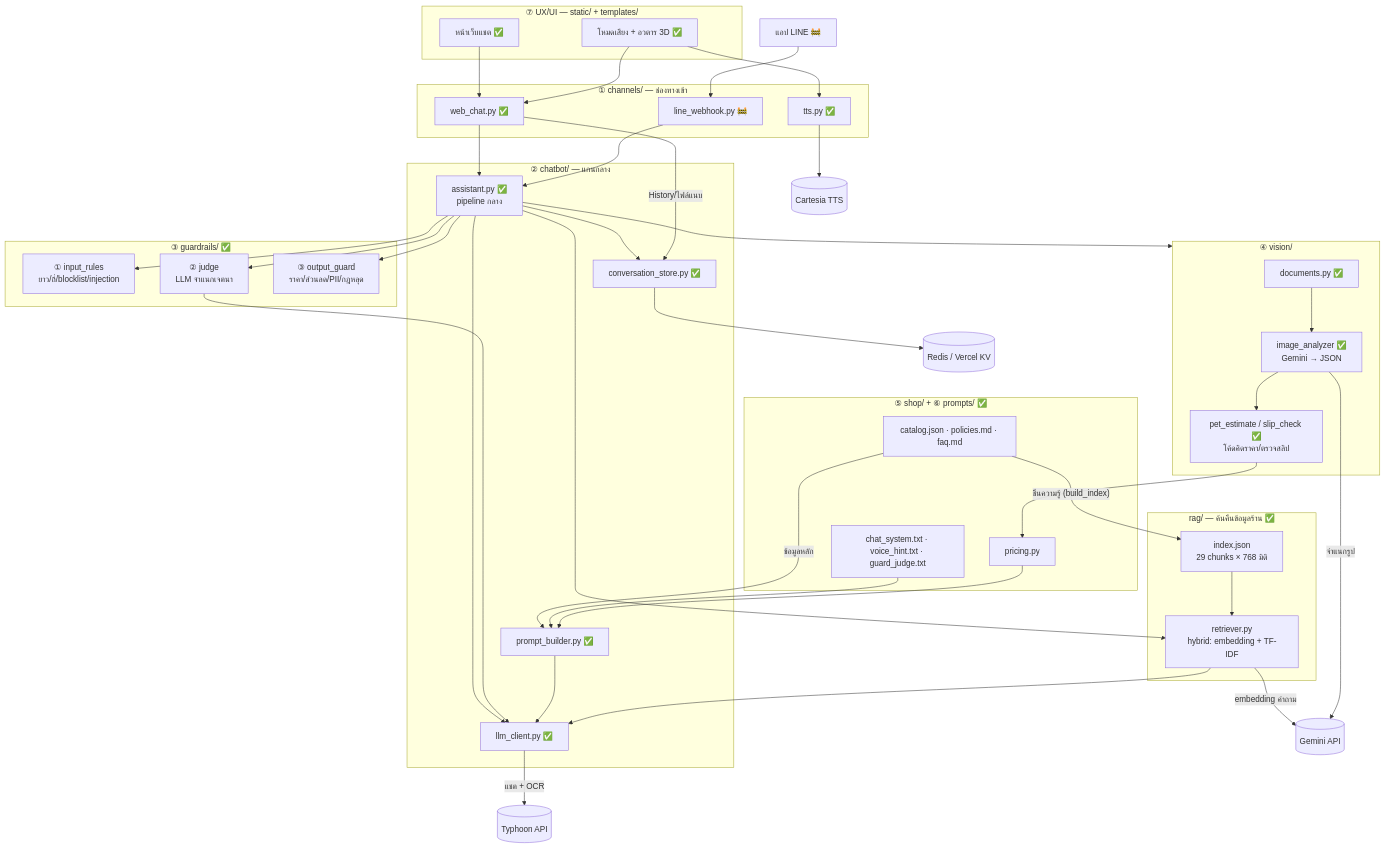
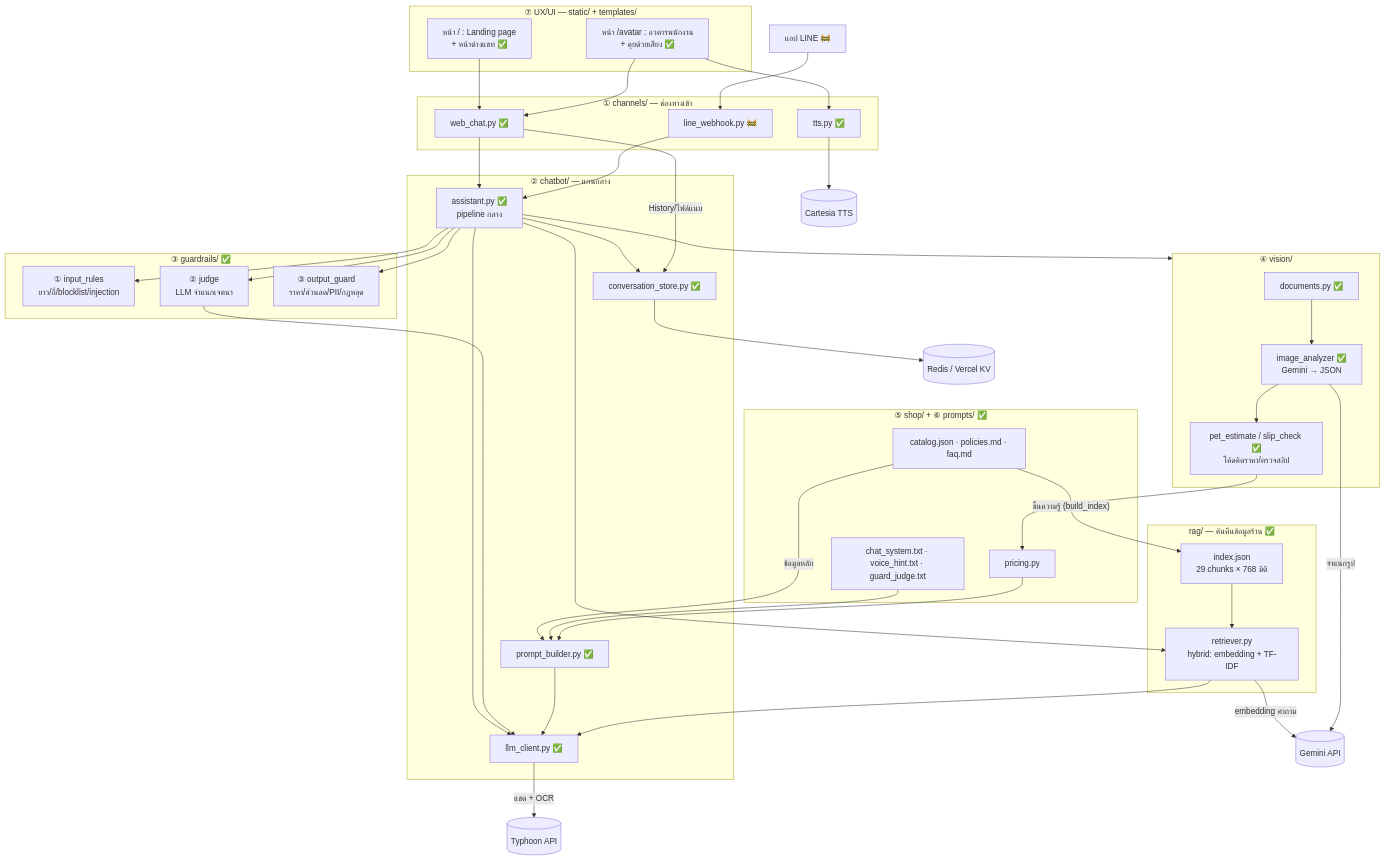
Before and after one commit to Myname30275/Project-chatbot: the first of 3 diagrams in docs/system-architecture.md, drawn with Mermaid. The commit also changed other lines of this file and 1 other file, not shown here.

First line of the commit message:
Update architecture doc and README for the new UI

````diff
--- a/docs/system-architecture.md
+++ b/docs/system-architecture.md
@@ -17,75 +17,75 @@
 ```mermaid
 flowchart TB
     subgraph UI["⑦ UX/UI — static/ + templates/"]
-        WEB["หน้าเว็บแชต ✅"]
-        VOICE["โหมดเสียง + อวตาร 3D ✅"]
+        WEB["หน้า / : Landing page<br/>+ หน้าต่างแชท ✅"]
+        VOICE["หน้า /avatar : อวตารพนักงาน<br/>+ คุยด้วยเสียง ✅"]
     end
     LINE["แอป LINE 🚧"]
 
     subgraph CH["① channels/ — ช่องทางเข้า"]
         WC["web_chat.py ✅"]
         TTS["tts.py ✅"]
         LW["line_webhook.py 🚧"]
     end
 
     subgraph CORE["② chatbot/ — แกนกลาง"]
         AS["assistant.py ✅<br/>pipeline กลาง"]
         PB["prompt_builder.py ✅"]
         LLMC["llm_client.py ✅"]
         STORE["conversation_store.py ✅"]
     end
 
     subgraph RAGL["rag/ — ค้นคืนข้อมูลร้าน ✅"]
         RAG["retriever.py<br/>hybrid: embedding + TF-IDF"]
         IDX["index.json<br/>29 chunks × 768 มิติ"]
     end
 
     subgraph GR["③ guardrails/ ✅"]
         IG["① input_rules<br/>ยาว/ถี่/blocklist/injection"]
         JG["② judge<br/>LLM จำแนกเจตนา"]
         OG["③ output_guard<br/>ราคา/ส่วนลด/PII/กฎหลุด"]
     end
 
     subgraph VI["④ vision/"]
         DOC["documents.py ✅"]
         IA["image_analyzer ✅<br/>Gemini → JSON"]
         PET["pet_estimate / slip_check ✅<br/>โค้ดคิดราคา/ตรวจสลิป"]
     end
 
     subgraph DATA["⑤ shop/ + ⑥ prompts/ ✅"]
         CAT["catalog.json · policies.md · faq.md"]
         PR["pricing.py"]
         PT["chat_system.txt · voice_hint.txt · guard_judge.txt"]
     end
 
     WEB --> WC
     VOICE --> WC
     VOICE --> TTS
     LINE --> LW
     WC --> AS
     LW --> AS
     AS --> IG
     AS --> JG
     AS --> OG
     AS --> LLMC
     JG --> LLMC
     AS --> RAG
     AS --> VI
     PB --> LLMC
     RAG --> LLMC
     IDX --> RAG
     CAT -->|"ชิ้นความรู้ (build_index)"| IDX
     CAT -->|ข้อมูลหลัก| PB
     PT --> PB
     PR --> PB
     AS --> STORE
     WC -->|History/ไฟล์แนบ| STORE
     RAG -->|embedding คำถาม| GM
 
     LLMC -->|แชต + OCR| TY[("Typhoon API")]
     IA -->|จำแนกรูป| GM[("Gemini API")]
     DOC --> IA --> PET
     PET --> PR
     TTS --> CT[("Cartesia TTS")]
     STORE --> KV[("Redis / Vercel KV")]
 ```
````
